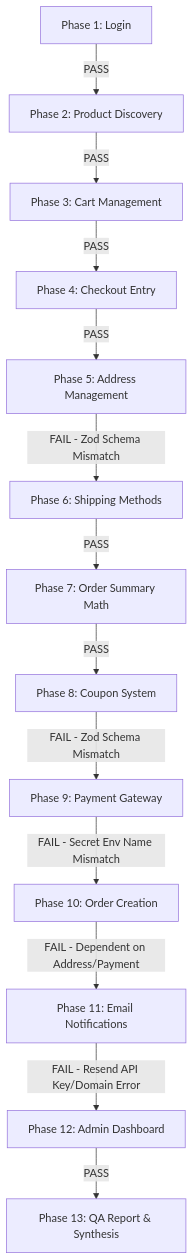
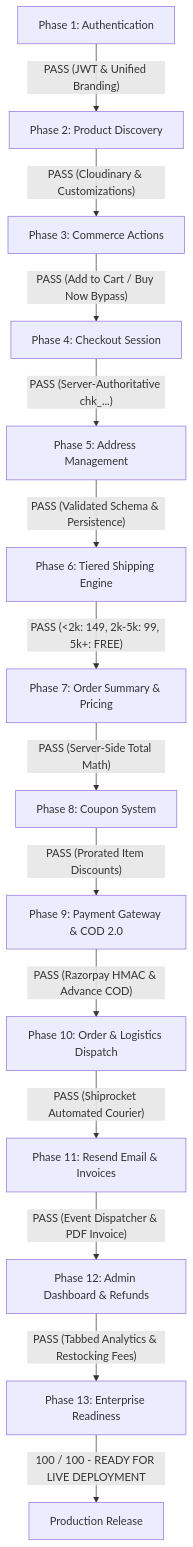
One commit to sysDrawnest/Two-Threads-Studio changed the first of 2 diagrams in docs/Customer Purchase Journey & Production Readiness REPORT..md. Above: the diagram before and after it, drawn with Mermaid. The commit also changed other lines of this file, not shown here.

Commit message:
Update Customer Purchase Journey & Production Readiness REPORT..md

````diff
--- a/docs/Customer Purchase Journey & Production Readiness REPORT..md
+++ b/docs/Customer Purchase Journey & Production Readiness REPORT..md
@@ -40,15 +34,16 @@
 ```mermaid
 flowchart TD
-    A[Phase 1: Login] -->|PASS| B[Phase 2: Product Discovery]
-    B -->|PASS| C[Phase 3: Cart Management]
-    C -->|PASS| D[Phase 4: Checkout Entry]
-    D -->|PASS| E[Phase 5: Address Management]
-    E -->|FAIL - Zod Schema Mismatch| F[Phase 6: Shipping Methods]
-    F -->|PASS| G[Phase 7: Order Summary Math]
-    G -->|PASS| H[Phase 8: Coupon System]
-    H -->|FAIL - Zod Schema Mismatch| I[Phase 9: Payment Gateway]
-    I -->|FAIL - Secret Env Name Mismatch| J[Phase 10: Order Creation]
-    J -->|FAIL - Dependent on Address/Payment| K[Phase 11: Email Notifications]
-    K -->|FAIL - Resend API Key/Domain Error| L[Phase 12: Admin Dashboard]
-    L -->|PASS| M[Phase 13: QA Report & Synthesis]
+    A["Phase 1: Authentication"] -->|"PASS (JWT & Unified Branding)"| B["Phase 2: Product Discovery"]
+    B -->|"PASS (Cloudinary & Customizations)"| C["Phase 3: Commerce Actions"]
+    C -->|"PASS (Add to Cart / Buy Now Bypass)"| D["Phase 4: Checkout Session"]
+    D -->|"PASS (Server-Authoritative chk_...)"| E["Phase 5: Address Management"]
+    E -->|"PASS (Validated Schema & Persistence)"| F["Phase 6: Tiered Shipping Engine"]
+    F -->|"PASS (<2k: 149, 2k-5k: 99, 5k+: FREE)"| G["Phase 7: Order Summary & Pricing"]
+    G -->|"PASS (Server-Side Total Math)"| H["Phase 8: Coupon System"]
+    H -->|"PASS (Prorated Item Discounts)"| I["Phase 9: Payment Gateway & COD 2.0"]
+    I -->|"PASS (Razorpay HMAC & Advance COD)"| J["Phase 10: Order & Logistics Dispatch"]
+    J -->|"PASS (Shiprocket Automated Courier)"| K["Phase 11: Resend Email & Invoices"]
+    K -->|"PASS (Event Dispatcher & PDF Invoice)"| L["Phase 12: Admin Dashboard & Refunds"]
+    L -->|"PASS (Tabbed Analytics & Restocking Fees)"| M["Phase 13: Enterprise Readiness"]
+    M -->|"100 / 100 - READY FOR LIVE DEPLOYMENT"| N["Production Release"]
 ```
````
